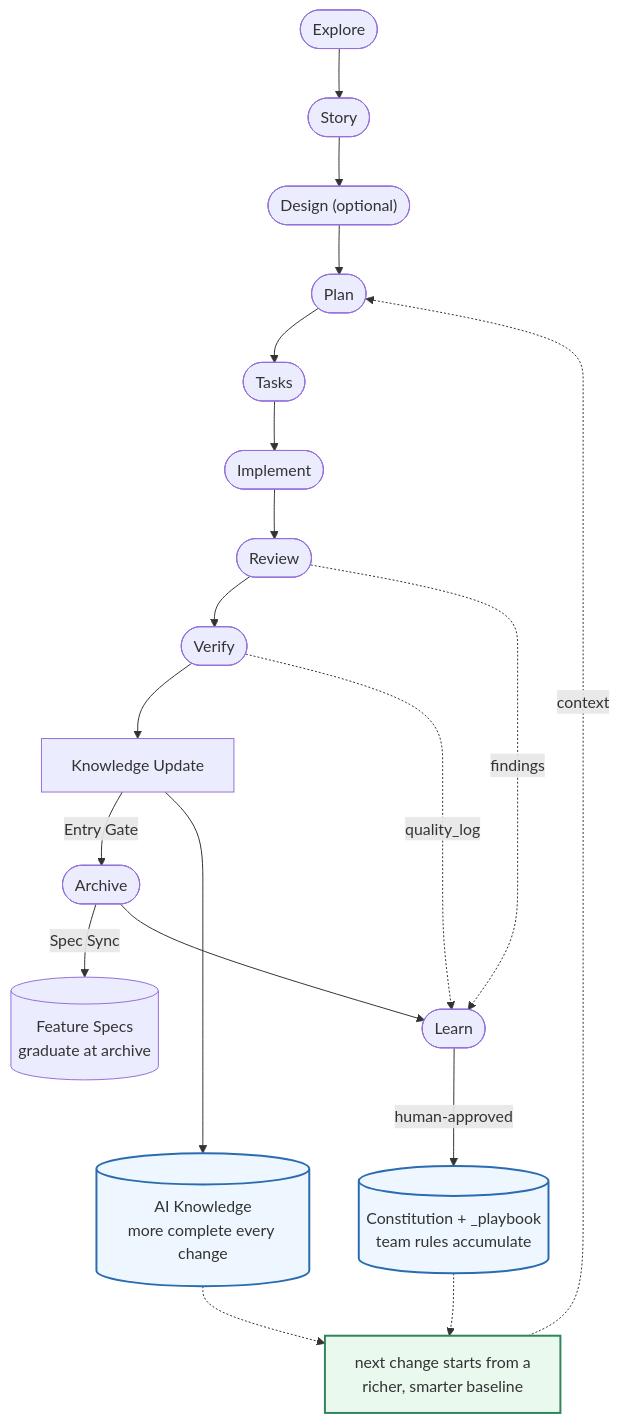
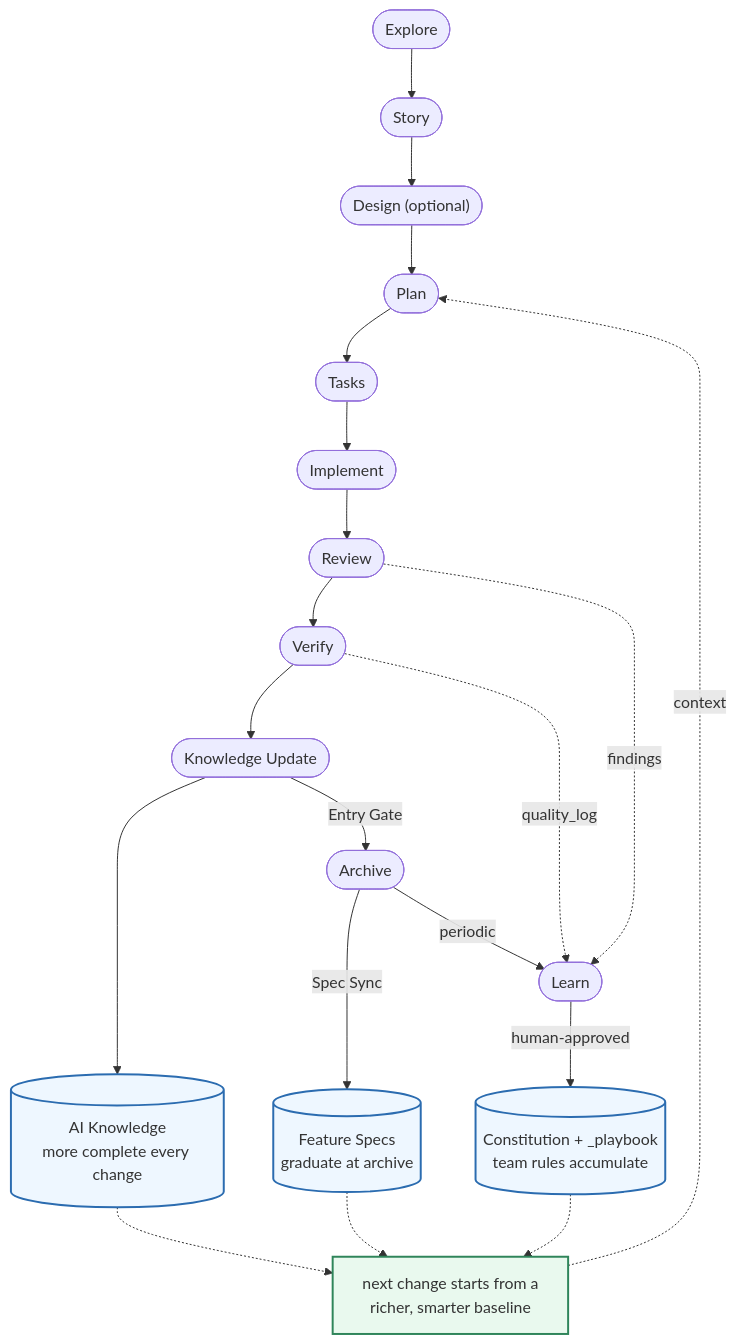
One commit to benwu95/prospec changed the diagram in README.md. Above: the diagram before and after it, drawn with Mermaid. The commit also changed other lines of this file and 1 other file, not shown here.

Commit message:
docs(readme): refine SDD workflow diagram and align Learn sources with skills
Diagram:
- Make Knowledge Update a stadium node so all skill nodes share one shape
- Connect Feature Specs to the "next change baseline" gain node and add it
  to the asset class, so all knowledge/spec cylinders match (blue)
- Re-route Archive → Learn as a "periodic" spine continuation and reorder
  the Review/Verify feedback edges so no connectors overlap

Prose:
- Correct the /prospec-learn lesson sources: review findings, the
  cross-stage quality_log, and session corrections — matching the actual
  skill (was narrowed to "Review / Verify" and internally inconsistent)

````diff
--- a/README.md
+++ b/README.md
@@ -260,20 +260,21 @@
 ```mermaid
 flowchart TD
-    E([Explore]) --> S([Story]) --> D(["Design (optional)"]) --> P([Plan]) --> T([Tasks]) --> I([Implement]) --> R([Review]) --> V([Verify]) --> KU[Knowledge Update] -- Entry Gate --> A([Archive])
+    E([Explore]) --> S([Story]) --> D(["Design (optional)"]) --> P([Plan]) --> T([Tasks]) --> I([Implement]) --> R([Review]) --> V([Verify]) --> KU([Knowledge Update]) -- Entry Gate --> A([Archive]) -- periodic --> L([Learn])
+
+    V -. quality_log .-> L
+    R -. findings .-> L
+    L -- human-approved --> RULES[("Constitution + _playbook<br/>team rules accumulate")]
 
     KU --> AK[("AI Knowledge<br/>more complete every change")]
     A -- Spec Sync --> FS[("Feature Specs<br/>graduate at archive")]
-    R -. findings .-> L([Learn])
-    V -. quality_log .-> L
-    A --> L
-    L -- human-approved --> RULES[("Constitution + _playbook<br/>team rules accumulate")]
 
     AK -.-> NEXT["next change starts from a<br/>richer, smarter baseline"]
+    FS -.-> NEXT
     RULES -.-> NEXT
     NEXT -. context .-> P
 
     classDef asset fill:#eef7ff,stroke:#2b6cb0,stroke-width:2px;
     classDef gain fill:#e9f9ee,stroke:#2f855a,stroke-width:2px;
-    class AK,RULES asset;
+    class AK,FS,RULES asset;
     class NEXT gain;
 ```
````
